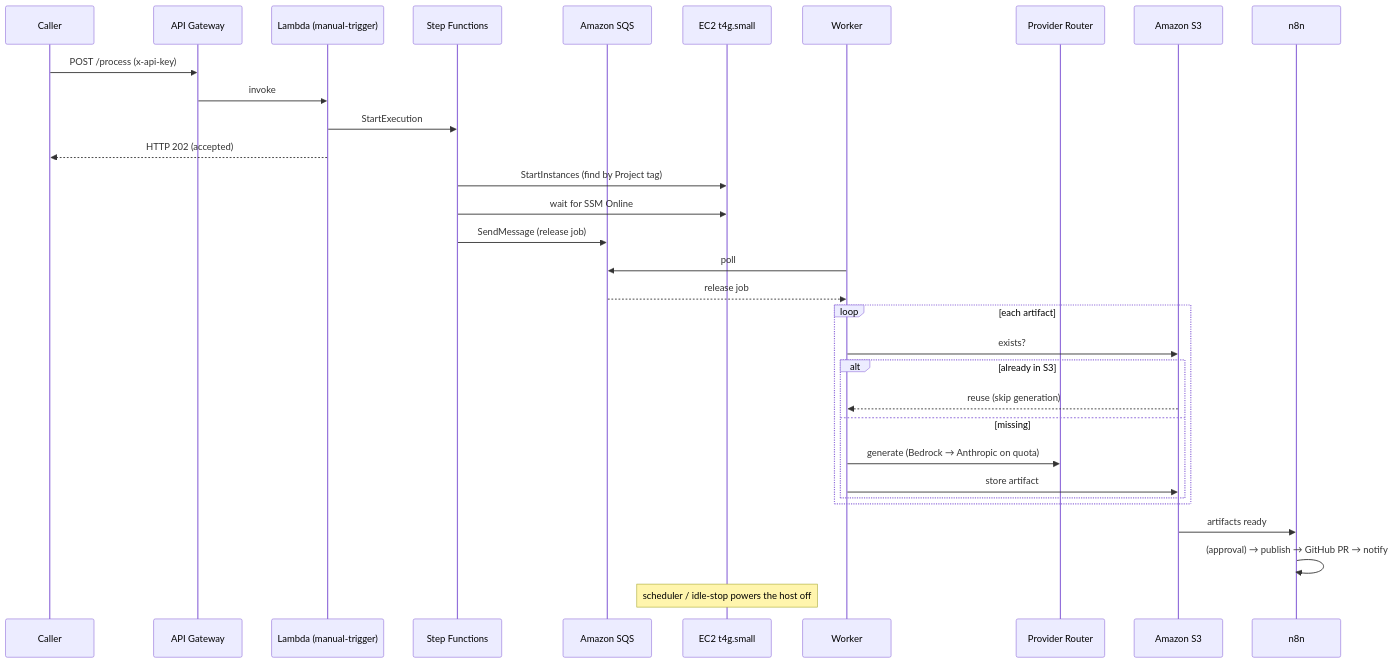
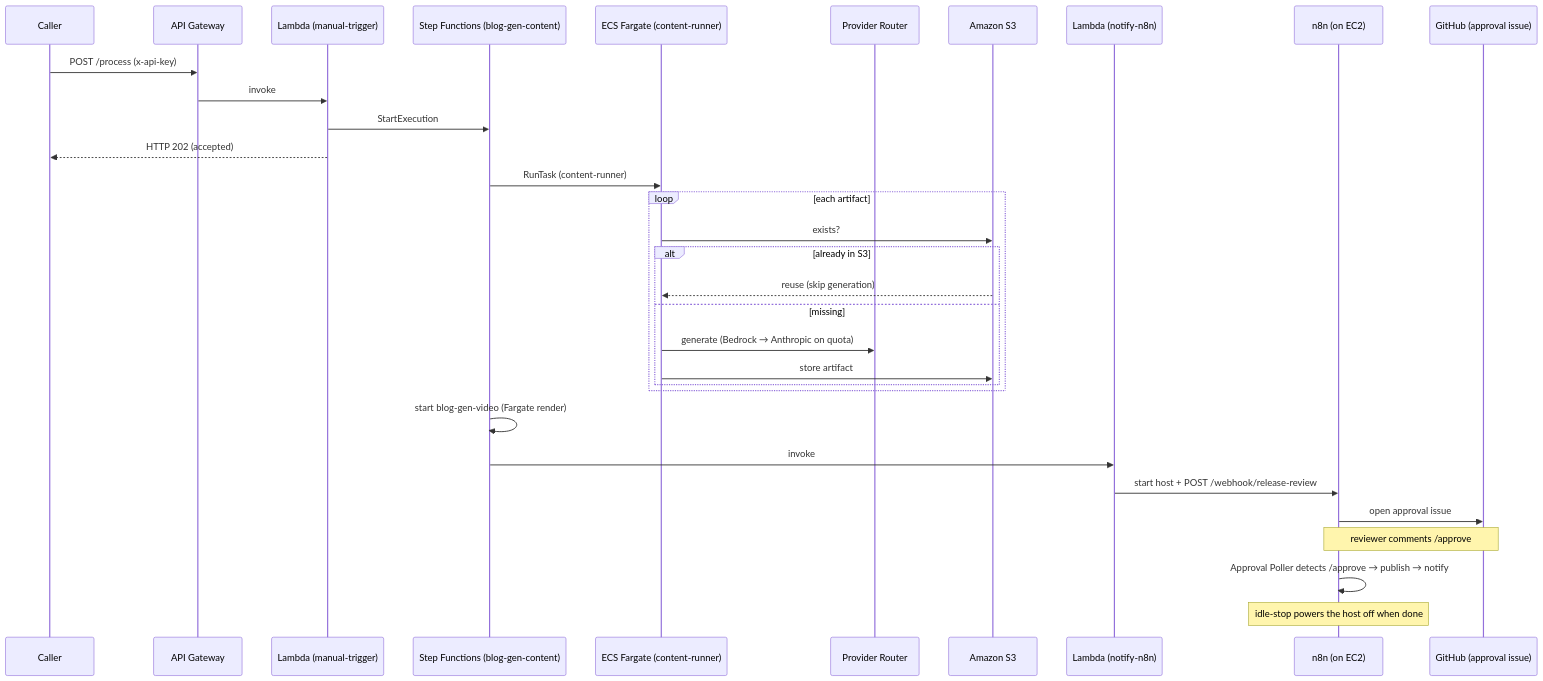
The third of 5 diagrams in README.md (teddynted/ai-github-repository-blog-generator), drawn with Mermaid before and after one commit. The commit also changed other lines of this file and 2 other files, not shown here.

First line of the commit message:
docs: reflect serverless (Fargate) generation + n8n-owned approval stack (#190)

````diff
--- a/README.md
+++ b/README.md
@@ -321,35 +318,35 @@
 ```mermaid
 sequenceDiagram
     participant CAL as Caller
     participant API as API Gateway
     participant LT as Lambda (manual-trigger)
-    participant SFN as Step Functions
-    participant SQS as Amazon SQS
-    participant EC2 as EC2 t4g.small
-    participant WK as Worker
+    participant SFN as Step Functions (blog-gen-content)
+    participant FG as ECS Fargate (content-runner)
     participant RTR as Provider Router
     participant S3 as Amazon S3
-    participant N8N as n8n
+    participant NL as Lambda (notify-n8n)
+    participant N8N as n8n (on EC2)
+    participant GH as GitHub (approval issue)
 
     CAL->>API: POST /process (x-api-key)
     API->>LT: invoke
     LT->>SFN: StartExecution
     LT-->>CAL: HTTP 202 (accepted)
-    SFN->>EC2: StartInstances (find by Project tag)
-    SFN->>EC2: wait for SSM Online
-    SFN->>SQS: SendMessage (release job)
-    WK->>SQS: poll
-    SQS-->>WK: release job
+    SFN->>FG: RunTask (content-runner)
     loop each artifact
-        WK->>S3: exists?
+        FG->>S3: exists?
         alt already in S3
-            S3-->>WK: reuse (skip generation)
+            S3-->>FG: reuse (skip generation)
         else missing
-            WK->>RTR: generate (Bedrock → Anthropic on quota)
-            WK->>S3: store artifact
+            FG->>RTR: generate (Bedrock → Anthropic on quota)
+            FG->>S3: store artifact
         end
     end
-    S3->>N8N: artifacts ready
-    N8N->>N8N: (approval) → publish → GitHub PR → notify
-    Note over EC2: scheduler / idle-stop powers the host off
+    SFN->>SFN: start blog-gen-video (Fargate render)
+    SFN->>NL: invoke
+    NL->>N8N: start host + POST /webhook/release-review
+    N8N->>GH: open approval issue
+    Note over N8N,GH: reviewer comments /approve
+    N8N->>N8N: Approval Poller detects /approve → publish → notify
+    Note over N8N: idle-stop powers the host off when done
 ```
````
